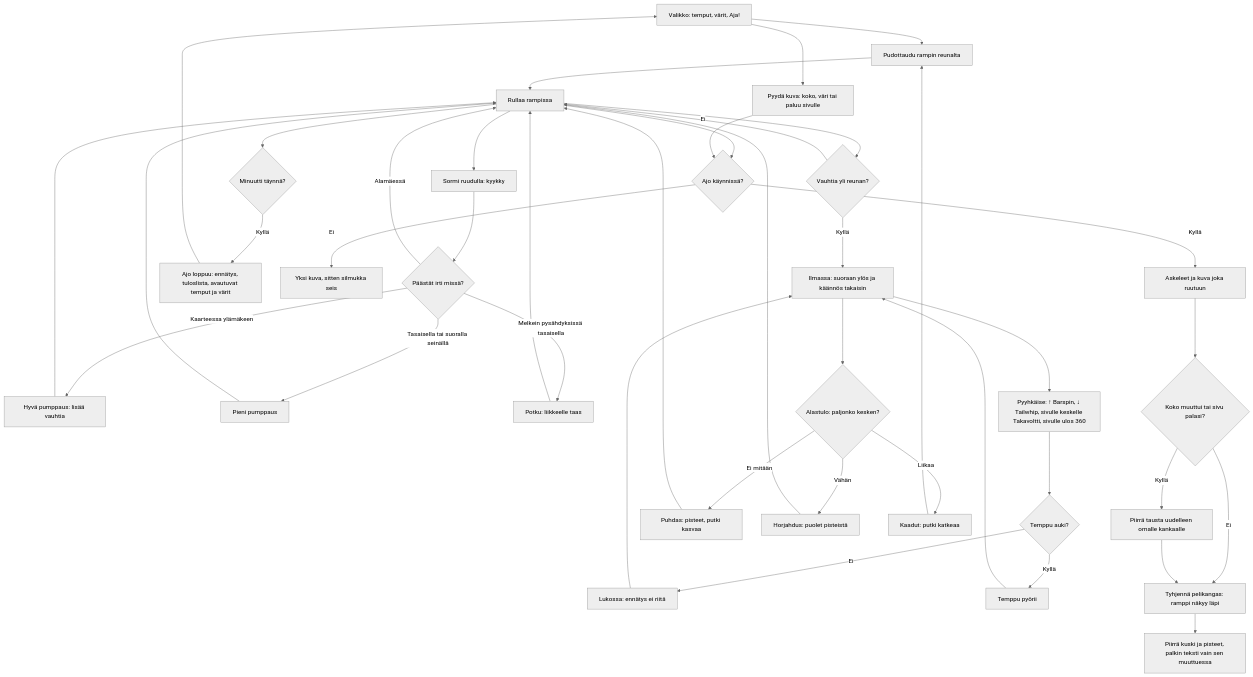
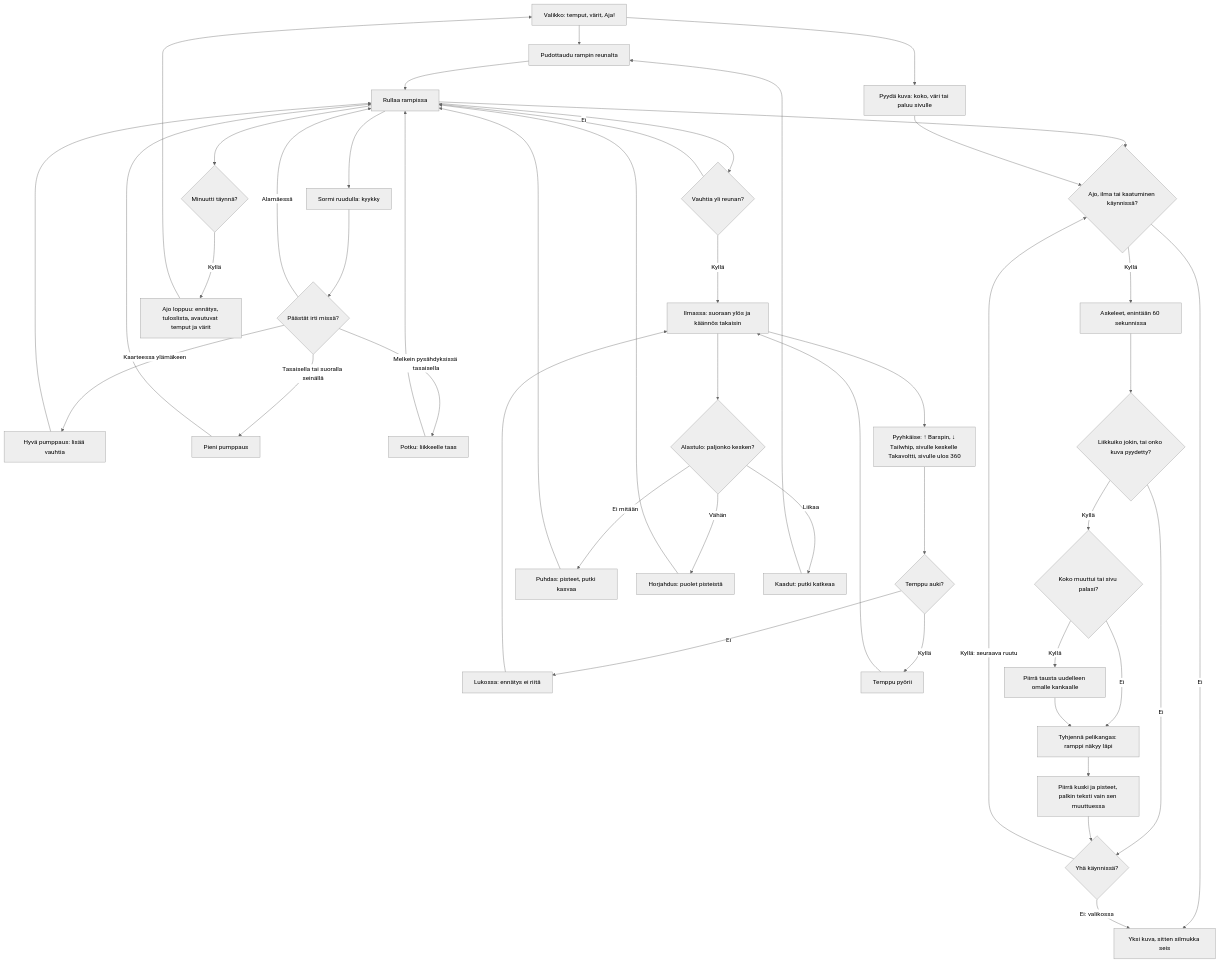
One commit to eerovil/ai-pelit changed the diagram in docs/diagrams/skuutti.md. Above: the diagram before and after it, drawn with Mermaid (neutral theme). The commit also changed other lines of this file and 2 other files, not shown here.

Commit message:
Skuutti v5: draw only when a step moved something; diagram shows the loop

````diff
--- a/docs/diagrams/skuutti.md
+++ b/docs/diagrams/skuutti.md
@@ -16,49 +16,54 @@
 ```mermaid
 flowchart TD
   A[Valikko: temput, värit, Aja!] --> B[Pudottaudu rampin reunalta]
   B --> C[Rullaa rampissa]
   C --> D[Sormi ruudulla: kyykky]
   D --> E{Päästät irti missä?}
   E -- Kaarteessa ylämäkeen --> F[Hyvä pumppaus: lisää vauhtia]
   E -- Tasaisella tai suoralla seinällä --> G[Pieni pumppaus]
   E -- Alamäessä --> C
   E -- Melkein pysähdyksissä tasaisella --> H[Potku: liikkeelle taas]
   F --> C
   G --> C
   H --> C
   C --> I{Vauhtia yli reunan?}
   I -- Ei --> C
   I -- Kyllä --> J[Ilmassa: suoraan ylös ja käännös takaisin]
   J --> K[Pyyhkäise: ↑ Barspin, ↓ Tailwhip, sivulle keskelle Takavoltti, sivulle ulos 360]
   K --> L{Temppu auki?}
   L -- Ei --> M[Lukossa: ennätys ei riitä]
   L -- Kyllä --> N[Temppu pyörii]
   M --> J
   N --> J
   J --> O{Alastulo: paljonko kesken?}
   O -- Ei mitään --> P[Puhdas: pisteet, putki kasvaa]
   O -- Vähän --> Q[Horjahdus: puolet pisteistä]
   O -- Liikaa --> R[Kaadut: putki katkeaa]
   R --> B
   P --> C
   Q --> C
   C --> S{Minuutti täynnä?}
   S -- Kyllä --> T[Ajo loppuu: ennätys, tuloslista, avautuvat temput ja värit]
   T --> A
   A --> U[Pyydä kuva: koko, väri tai paluu sivulle]
   C --> V
-  U --> V{Ajo käynnissä?}
+  U --> V{Ajo, ilma tai kaatuminen käynnissä?}
   V -- Ei --> W[Yksi kuva, sitten silmukka seis]
-  V -- Kyllä --> X[Askeleet ja kuva joka ruutuun]
-  X --> Y{Koko muuttui tai sivu palasi?}
+  V -- Kyllä --> X[Askeleet, enintään 60 sekunnissa]
+  X --> AC{Liikkuiko jokin, tai onko kuva pyydetty?}
+  AC -- Ei --> AD
+  AC -- Kyllä --> Y{Koko muuttui tai sivu palasi?}
   Y -- Kyllä --> Z[Piirrä tausta uudelleen omalle kankaalle]
   Y -- Ei --> AA[Tyhjennä pelikangas: ramppi näkyy läpi]
   Z --> AA
   AA --> AB[Piirrä kuski ja pisteet, palkin teksti vain sen muuttuessa]
+  AB --> AD{Yhä käynnissä?}
+  AD -- Kyllä: seuraava ruutu --> V
+  AD -- Ei: valikossa --> W
   class D,K blue
-  class E,I,L,O,S,V,Y amber
+  class E,I,L,O,S,V,Y,AC,AD amber
   class B,C,F,G,H,J,N,X,Z,AA,AB teal
   class A,U,W violet
   class P,Q,T green
   class M,R rose
 ```
````
